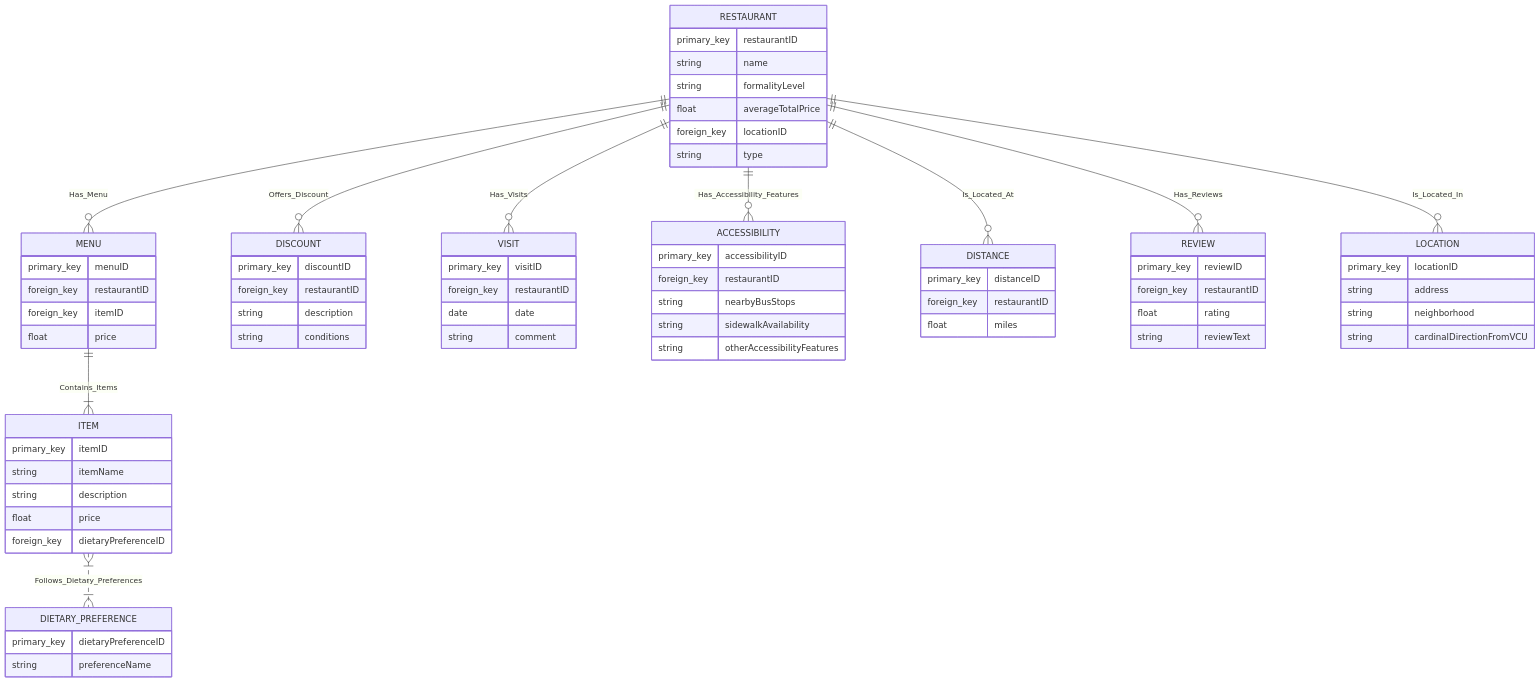
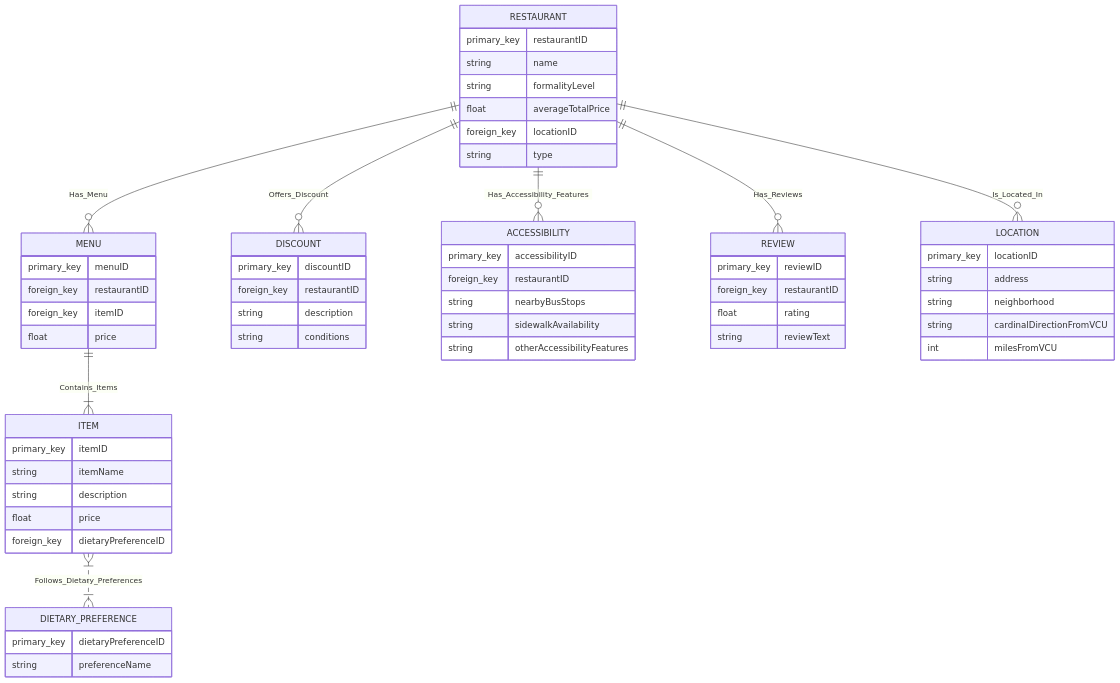
Before and after one commit to a-welk/VCU-restaurant-database: the first of 2 diagrams in reports/deliver4.qmd, drawn with Mermaid. The commit also changed 14 other files, not shown here.

```diff
--- a/reports/deliver4.qmd
+++ b/reports/deliver4.qmd
@@ -103,9 +103,7 @@
 
     RESTAURANT ||--o{ MENU : Has_Menu
     RESTAURANT ||--o{ DISCOUNT : Offers_Discount
-    RESTAURANT ||--o{ VISIT : Has_Visits
     RESTAURANT ||--o{ ACCESSIBILITY : Has_Accessibility_Features
-    RESTAURANT ||--o{ DISTANCE : Is_Located_At
     RESTAURANT ||--o{ REVIEW : Has_Reviews
     RESTAURANT ||--o{ LOCATION : Is_Located_In
     MENU ||--|{ ITEM : Contains_Items
@@ -125,6 +123,7 @@
         string address
         string neighborhood
         string cardinalDirectionFromVCU
+        int milesFromVCU
     }
 
     MENU {
@@ -149,25 +148,12 @@
         string conditions
     }
 
-    VISIT {
-        primary_key visitID
-        foreign_key restaurantID
-        date date
-        string comment
-    }
-
     ACCESSIBILITY {
         primary_key accessibilityID
         foreign_key restaurantID
         string nearbyBusStops
         string sidewalkAvailability
         string otherAccessibilityFeatures
-    }
-
-    DISTANCE {
-        primary_key distanceID
-        foreign_key restaurantID
-        float miles
     }
 
     REVIEW {
```
